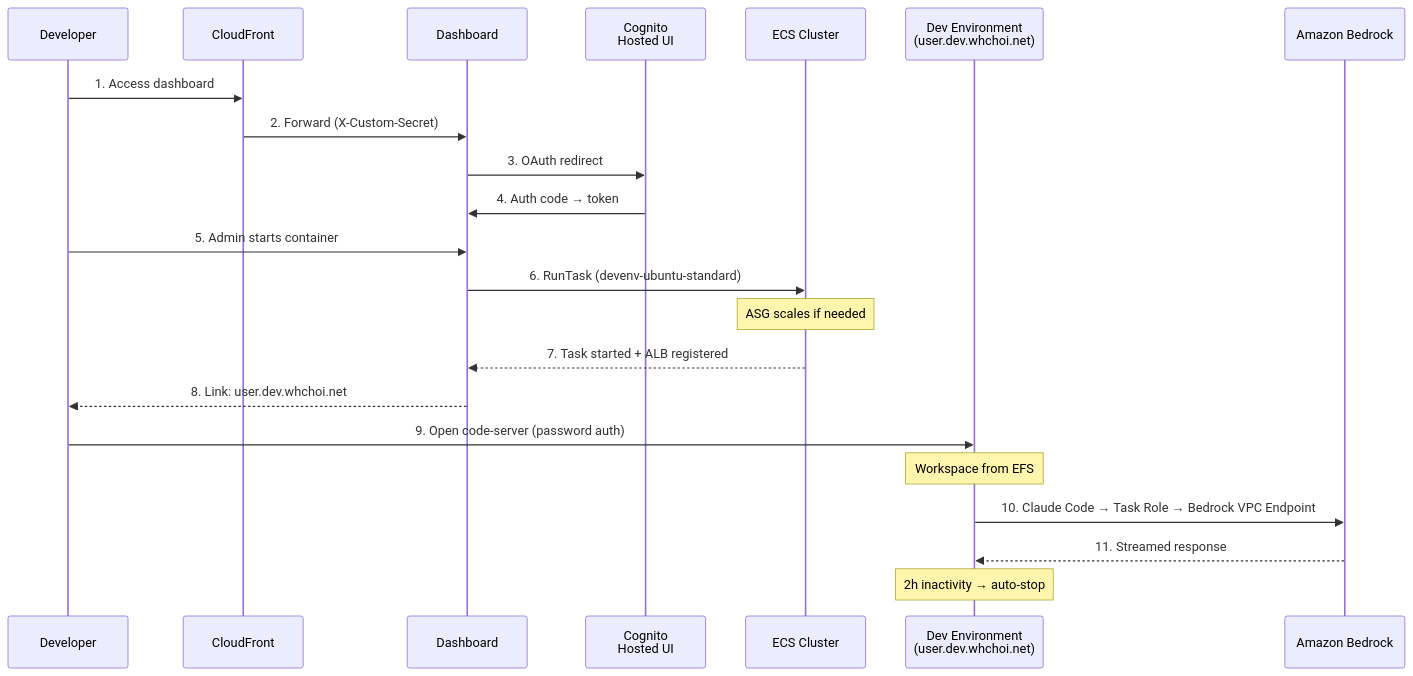
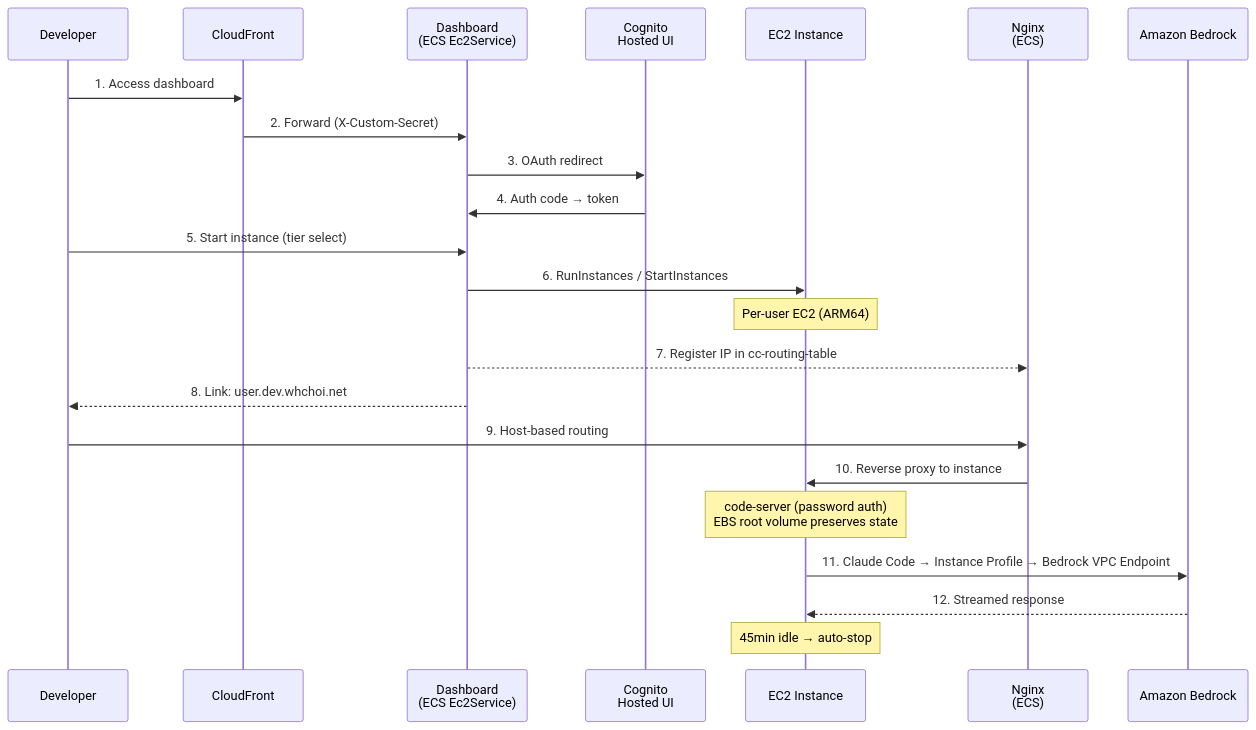
The third of 7 diagrams in docs/architecture.md (Atom-oh/cc-on-bedrock), drawn with Mermaid before and after one commit. The commit also changed other lines of this file and 99 other files, not shown here.

````diff
--- a/docs/architecture.md
+++ b/docs/architecture.md
@@ -142,25 +155,26 @@
 ```mermaid
 sequenceDiagram
     participant User as Developer
     participant CF as CloudFront
-    participant Dash as Dashboard
+    participant Dash as Dashboard<br/>(ECS Ec2Service)
     participant Cognito as Cognito<br/>Hosted UI
-    participant ECS as ECS Cluster
-    participant DevEnv as Dev Environment<br/>(user.dev.whchoi.net)
+    participant EC2 as EC2 Instance
+    participant Nginx as Nginx<br/>(ECS)
     participant Bedrock as Amazon Bedrock
 
     User->>CF: 1. Access dashboard
     CF->>Dash: 2. Forward (X-Custom-Secret)
     Dash->>Cognito: 3. OAuth redirect
     Cognito->>Dash: 4. Auth code → token
-    User->>Dash: 5. Admin starts container
-    Dash->>ECS: 6. RunTask (devenv-ubuntu-standard)
-    Note over ECS: ASG scales if needed
-    ECS-->>Dash: 7. Task started + ALB registered
+    User->>Dash: 5. Start instance (tier select)
+    Dash->>EC2: 6. RunInstances / StartInstances
+    Note over EC2: Per-user EC2 (ARM64)
+    Dash-->>Nginx: 7. Register IP in cc-routing-table
     Dash-->>User: 8. Link: user.dev.whchoi.net
-    User->>DevEnv: 9. Open code-server (password auth)
-    Note over DevEnv: Workspace from EFS
-    DevEnv->>Bedrock: 10. Claude Code → Task Role → Bedrock VPC Endpoint
-    Bedrock-->>DevEnv: 11. Streamed response
-    Note over DevEnv: 2h inactivity → auto-stop
+    User->>Nginx: 9. Host-based routing
+    Nginx->>EC2: 10. Reverse proxy to instance
+    Note over EC2: code-server (password auth)<br/>EBS root volume preserves state
+    EC2->>Bedrock: 11. Claude Code → Instance Profile → Bedrock VPC Endpoint
+    Bedrock-->>EC2: 12. Streamed response
+    Note over EC2: 45min idle → auto-stop
 ```
````
